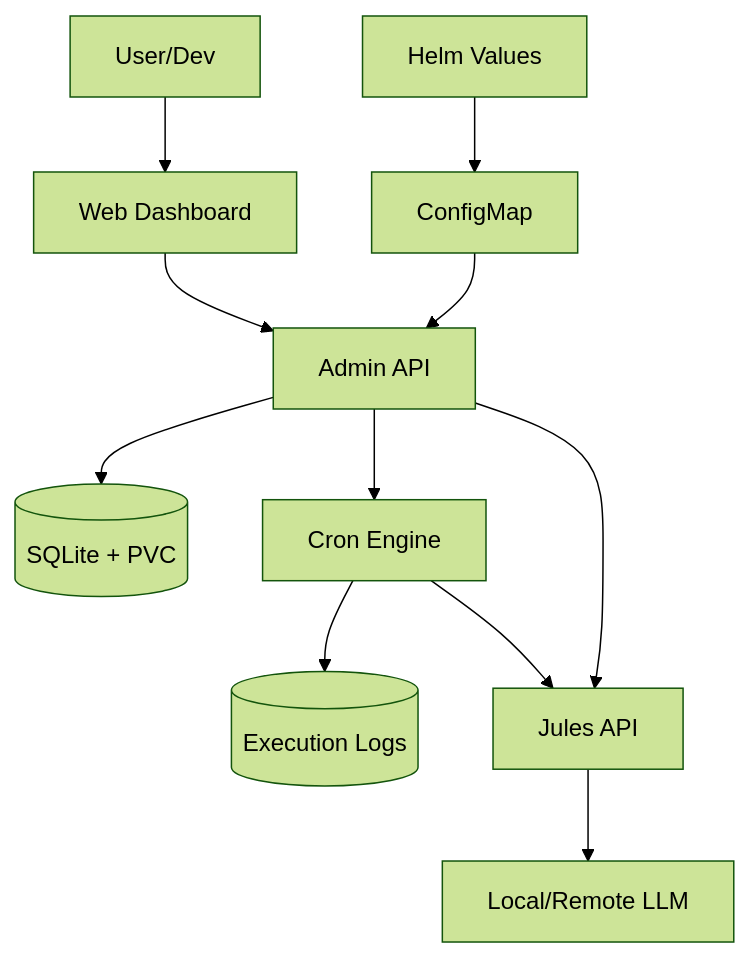
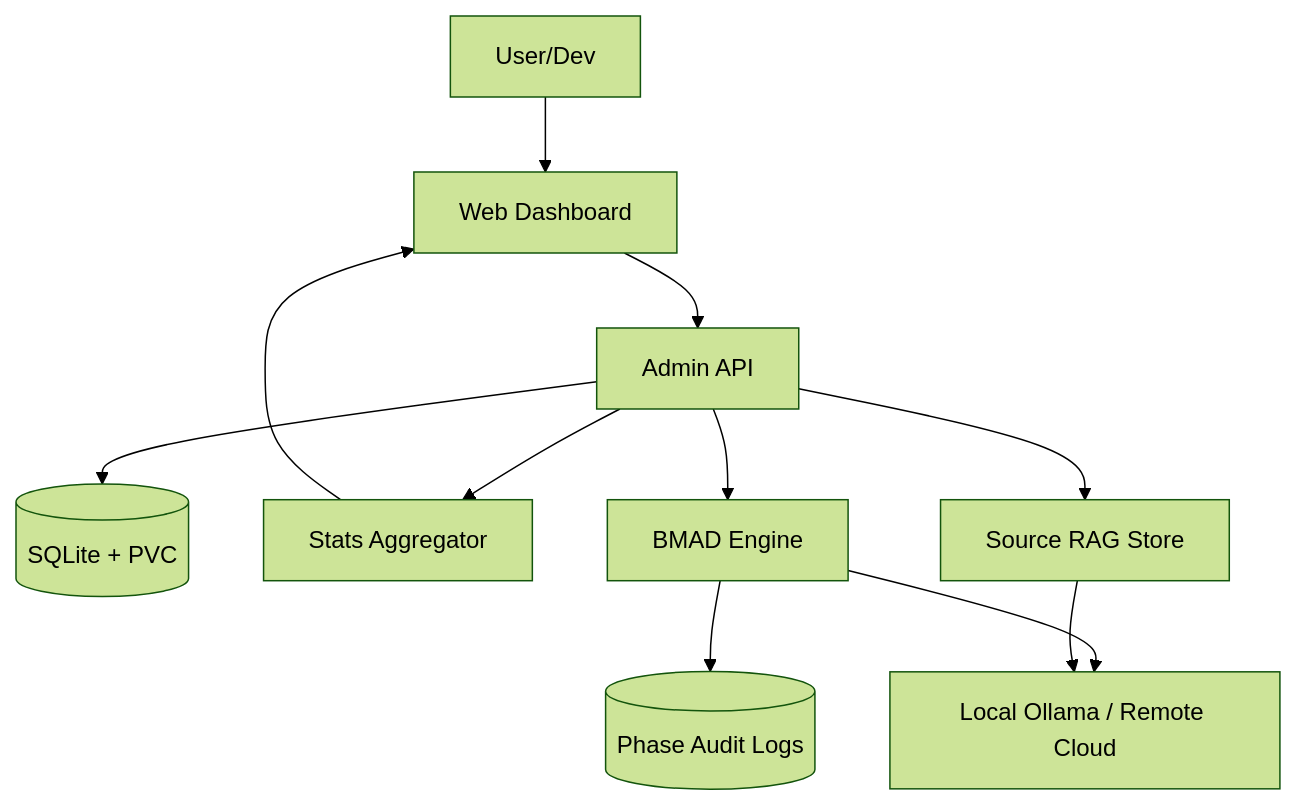
One commit to QuoteSystemX/go-agent-llm-orchestrator changed the diagram in README.md. Above: the diagram before and after it, drawn with Mermaid (forest theme). The commit also changed other lines of this file, not shown here.

Commit message:
docs: update README to reflect BMAD pipeline, RAG integration, and streamlined installation steps

````diff
--- a/README.md
+++ b/README.md
@@ -20,13 +21,13 @@
 ```mermaid
 graph TD
     User[User/Dev] --> WebUI[Web Dashboard]
     WebUI --> API[Admin API]
-    Helm[Helm Values] --> CM[ConfigMap]
-    CM --> API
     API --> DB[(SQLite + PVC)]
-    API --> Scheduler[Cron Engine]
-    Scheduler --> TaskLogs[(Execution Logs)]
-    API --> JulesAPI[Jules API]
-    Scheduler --> JulesAPI
-    JulesAPI --> LLM[Local/Remote LLM]
+    API --> Stats[Stats Aggregator]
+    API --> RAG[Source RAG Store]
+    API --> Scheduler[BMAD Engine]
+    Scheduler --> TaskLogs[(Phase Audit Logs)]
+    Scheduler --> LLM[Local Ollama / Remote Cloud]
+    Stats --> WebUI
+    RAG --> LLM
 ```
````
